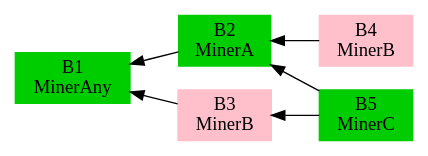
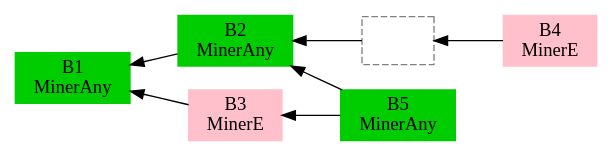
One commit to filecoin-project/specs changed the diagram in src/algorithms/expected_consensus/diagrams/parent_grinding.dot. Above: the diagram before and after it, drawn with Graphviz. The commit also changed 6 other files, not shown here.

```diff
--- a/src/algorithms/expected_consensus/diagrams/parent_grinding.dot
+++ b/src/algorithms/expected_consensus/diagrams/parent_grinding.dot
@@ -1,15 +1,16 @@
 digraph G {
   rankdir=RL;
   node [shape=box, style="filled", color="green3"]
 
   B1 [label="B1\nMinerAny"]
-  B2 [label="B2\nMinerA"]
-  B3 [label="B3\nMinerB",   color=pink]
-  B4 [label="B4\nMinerB",   color=pink]
-  B5 [label="B5\nMinerC"]
+  B2 [label="B2\nMinerAny"]
+  B3 [label="B3\nMinerE",   color=pink]
+  B4 [label="B4\nMinerE",   color=pink]
+  B5 [label="B5\nMinerAny"]
+  B4Null [label="", color=gray, style=dashed]
 
-  B4 -> B2 -> B1
+  B4 -> B4Null -> B2 -> B1
   B3 -> B1
   B5 -> B3
   B5 -> B2
 }
```
